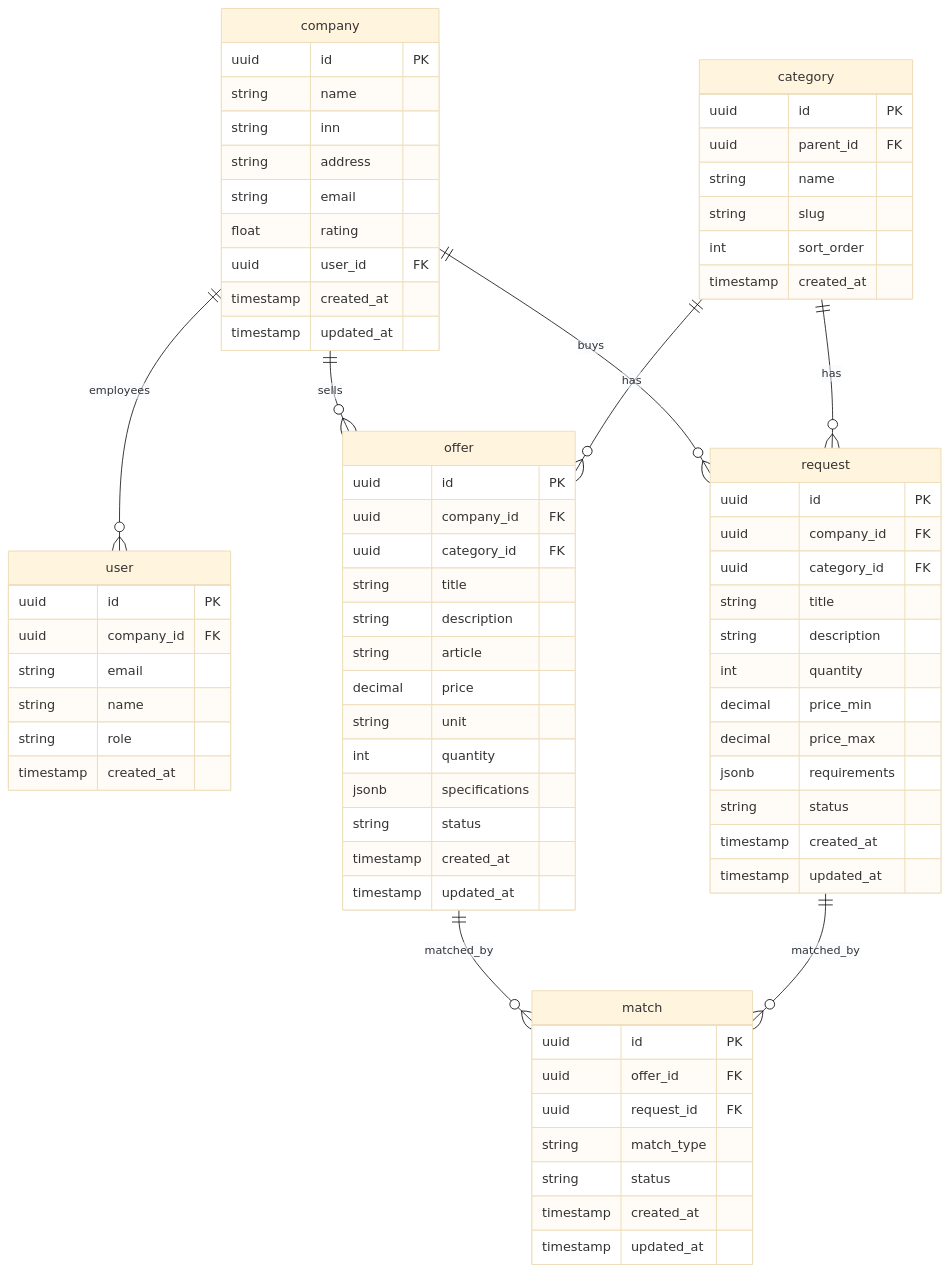
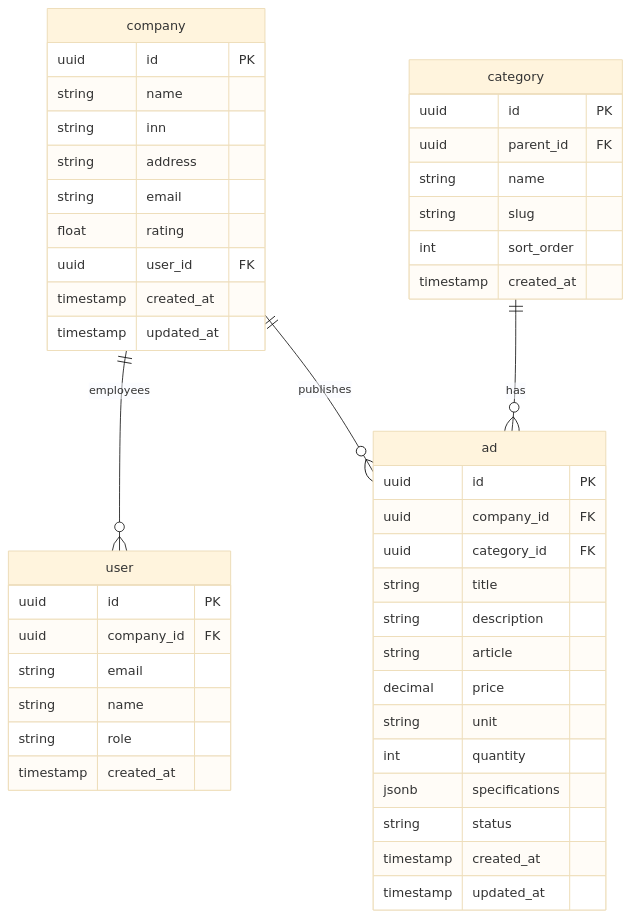
One commit to otuskotlin/202602-ok-marketplace changed the seventh of 7 diagrams in docs/architecture/c4-3-component.md. Above: the diagram before and after it, drawn with Mermaid (base theme). The commit also changed other lines of this file and 6 other files, not shown here.

````diff
--- a/docs/architecture/c4-3-component.md
+++ b/docs/architecture/c4-3-component.md
@@ -256,14 +231,9 @@
 ```mermaid
 erDiagram
     company ||--o{ user : "employees"
-    company ||--o{ offer : "sells"
-    company ||--o{ request : "buys"
+    company ||--o{ ad : "publishes"
     
-    category ||--o{ offer : "has"
-    category ||--o{ request : "has"
-    
-    offer ||--o{ match : "matched_by"
-    request ||--o{ match : "matched_by"
+    category ||--o{ ad : "has"
     
     company {
         uuid id PK
@@ -295,7 +265,7 @@
         timestamp created_at
     }
     
-    offer {
+    ad {
         uuid id PK
         uuid company_id FK
         uuid category_id FK
@@ -310,29 +280,4 @@
         timestamp created_at
         timestamp updated_at
     }
-    
-    request {
-        uuid id PK
-        uuid company_id FK
-        uuid category_id FK
-        string title
-        string description
-        int quantity
-        decimal price_min
-        decimal price_max
-        jsonb requirements
-        string status
-        timestamp created_at
-        timestamp updated_at
-    }
-    
-    match {
-        uuid id PK
-        uuid offer_id FK
-        uuid request_id FK
-        string match_type
-        string status
-        timestamp created_at
-        timestamp updated_at
-    }
 ```
````
